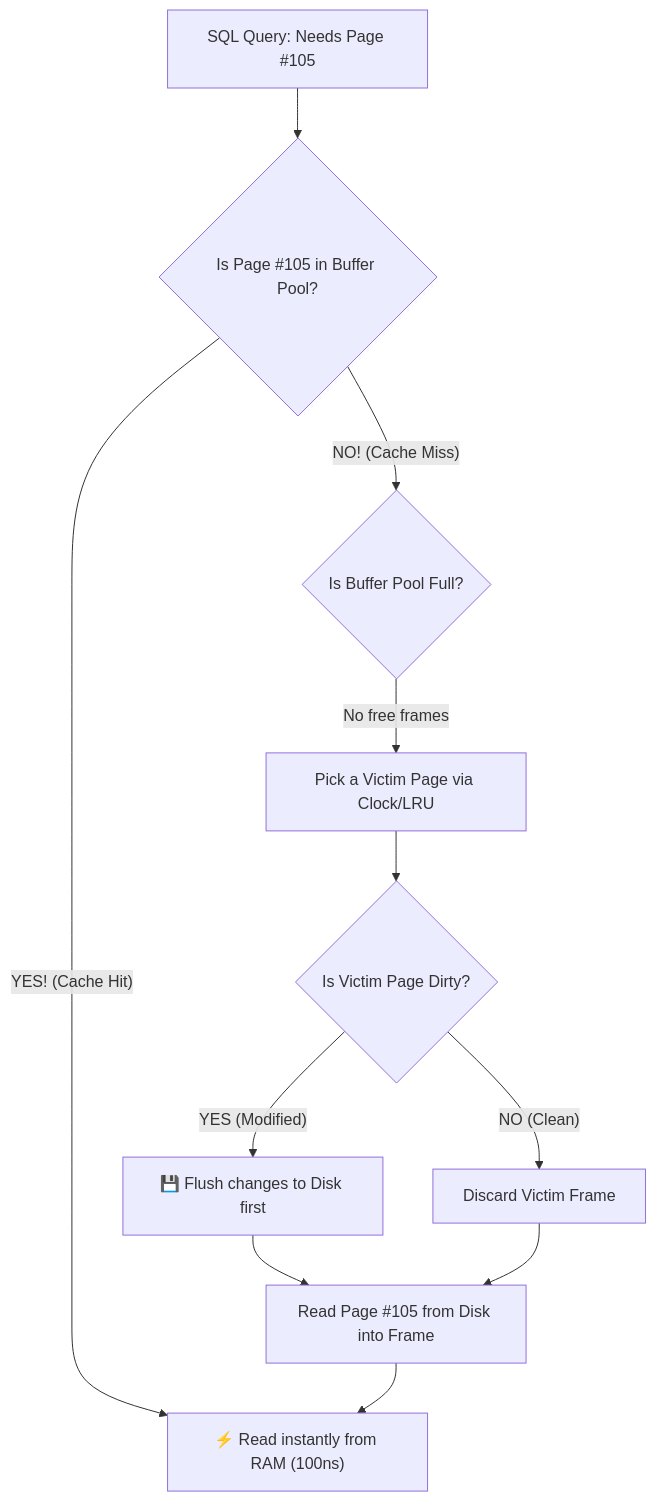
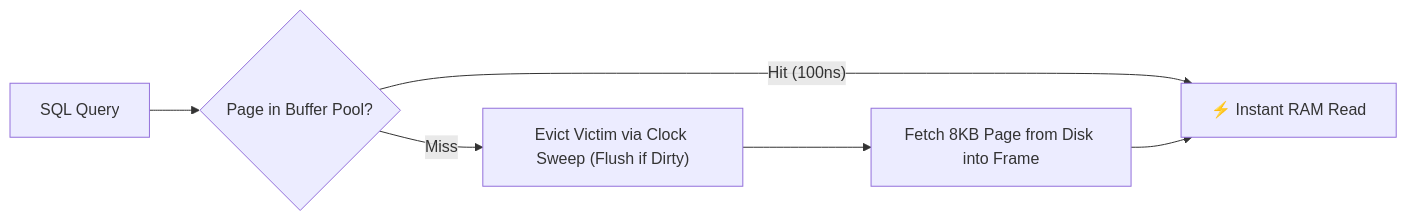
The fourth of 9 diagrams in 02-DBMS/DBMS-Advanced-Concepts.md (rohithgowda18/Notes), drawn with Mermaid before and after one commit. The commit also changed other lines of this file and 15 other files, not shown here.

Commit message:
docs: audit Mermaid diagrams, optimize side-by-side layouts, and deduplicate DBMS advanced notes

````diff
--- a/02-DBMS/DBMS-Advanced-Concepts.md
+++ b/02-DBMS/DBMS-Advanced-Concepts.md
@@ -559,13 +207,8 @@
 ```mermaid
-flowchart TD
-    Query["SQL Query: Needs Page #105"] --> BP{"Is Page #105 in Buffer Pool?"}
-    BP -- "YES! (Cache Hit)" --> RamRead["⚡ Read instantly from RAM (100ns)"]
-    BP -- "NO! (Cache Miss)" --> Evict{"Is Buffer Pool Full?"}
-    Evict -- "No free frames" --> Victim["Pick a Victim Page via Clock/LRU"]
-    Victim --> CheckDirty{"Is Victim Page Dirty?"}
-    CheckDirty -- "YES (Modified)" --> FlushDisk["💾 Flush changes to Disk first"]
-    CheckDirty -- "NO (Clean)" --> Overwrite["Discard Victim Frame"]
-    FlushDisk --> Fetch["Read Page #105 from Disk into Frame"]
-    Overwrite --> Fetch
-    Fetch --> RamRead
+flowchart LR
+    Q["SQL Query"] --> BP{"Page in Buffer Pool?"}
+    BP -- "Hit (100ns)" --> RAM["⚡ Instant RAM Read"]
+    BP -- "Miss" --> Evict["Evict Victim via Clock Sweep (Flush if Dirty)"]
+    Evict --> Load["Fetch 8KB Page from Disk into Frame"]
+    Load --> RAM
 ```
````
